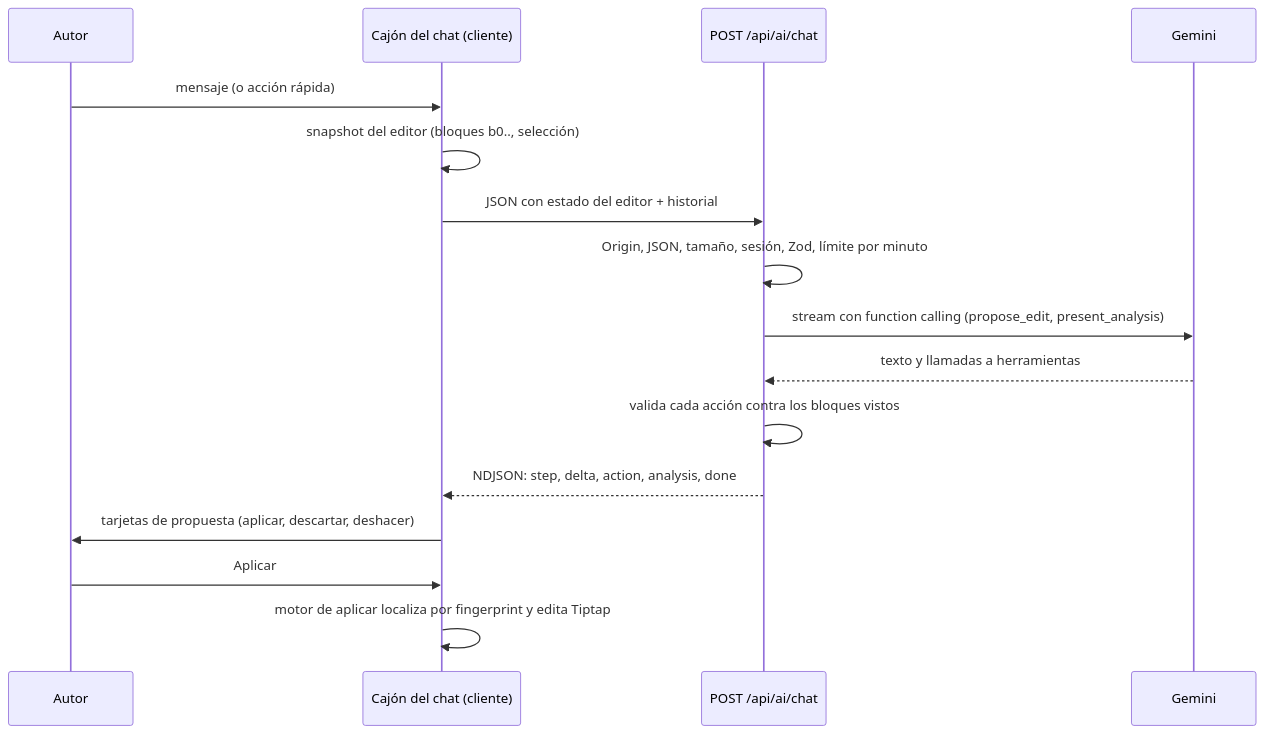
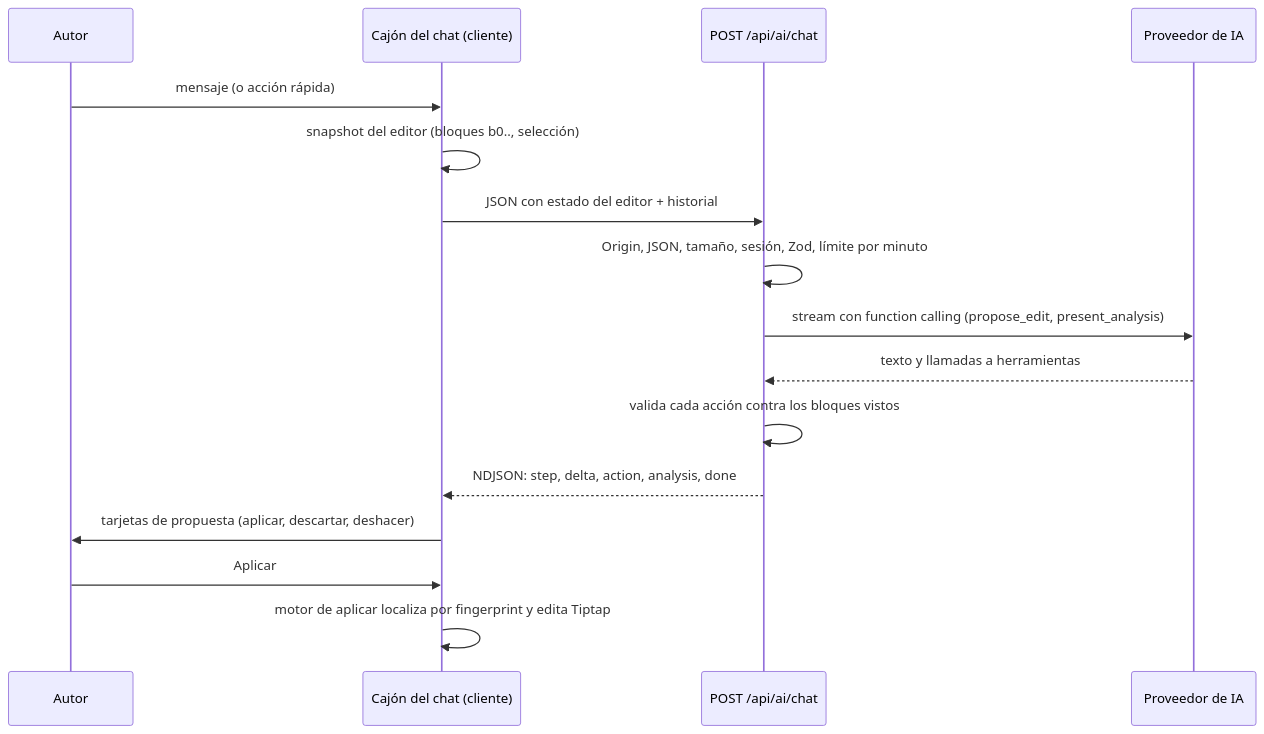
Before and after one commit to dylan-tovar/blog-ia: the third of 3 diagrams in docs/architecture/overview.md, drawn with Mermaid. The commit also changed other lines of this file and 2 other files, not shown here.

First line of the commit message:
docs(architecture): reflect route rename, notifications and discovery

````diff
--- a/docs/architecture/overview.md
+++ b/docs/architecture/overview.md
@@ -188,18 +195,18 @@
 ```mermaid
 sequenceDiagram
   participant U as Autor
   participant C as Cajón del chat (cliente)
   participant R as POST /api/ai/chat
-  participant G as Gemini
+  participant G as Proveedor de IA
   U->>C: mensaje (o acción rápida)
   C->>C: snapshot del editor (bloques b0.., selección)
   C->>R: JSON con estado del editor + historial
   R->>R: Origin, JSON, tamaño, sesión, Zod, límite por minuto
   R->>G: stream con function calling (propose_edit, present_analysis)
   G-->>R: texto y llamadas a herramientas
   R->>R: valida cada acción contra los bloques vistos
   R-->>C: NDJSON: step, delta, action, analysis, done
   C->>U: tarjetas de propuesta (aplicar, descartar, deshacer)
   U->>C: Aplicar
   C->>C: motor de aplicar localiza por fingerprint y edita Tiptap
 ```
````
